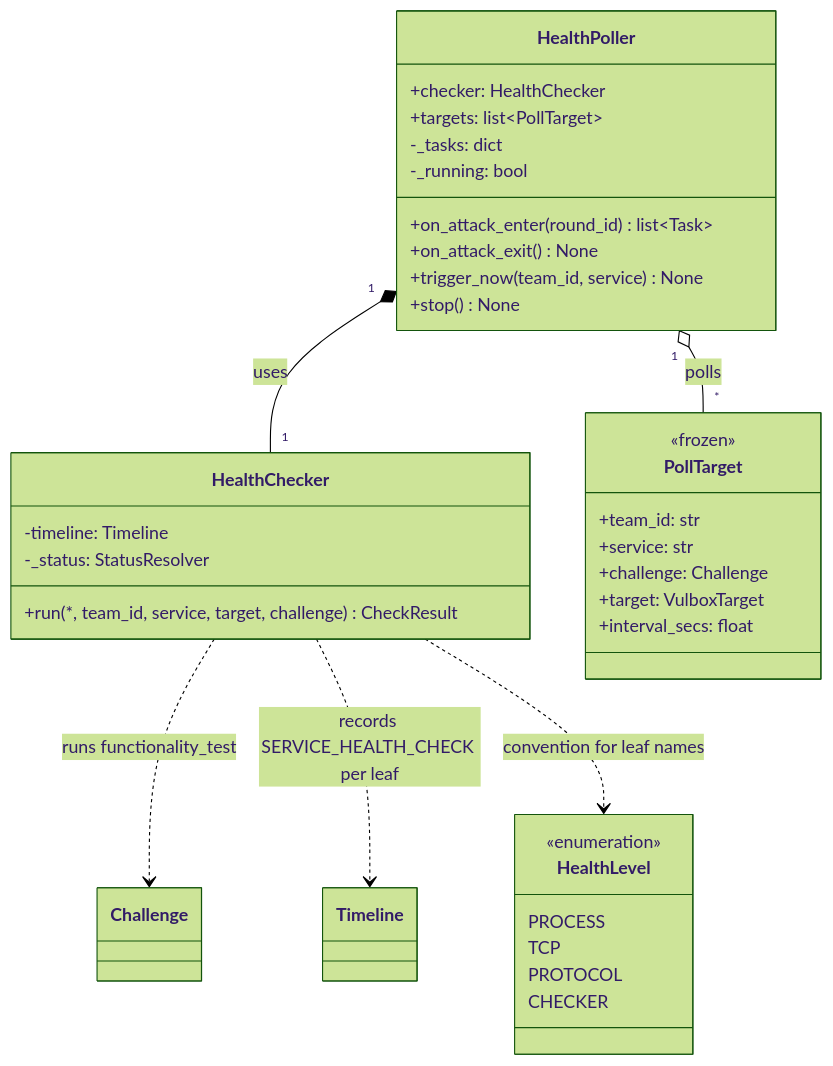
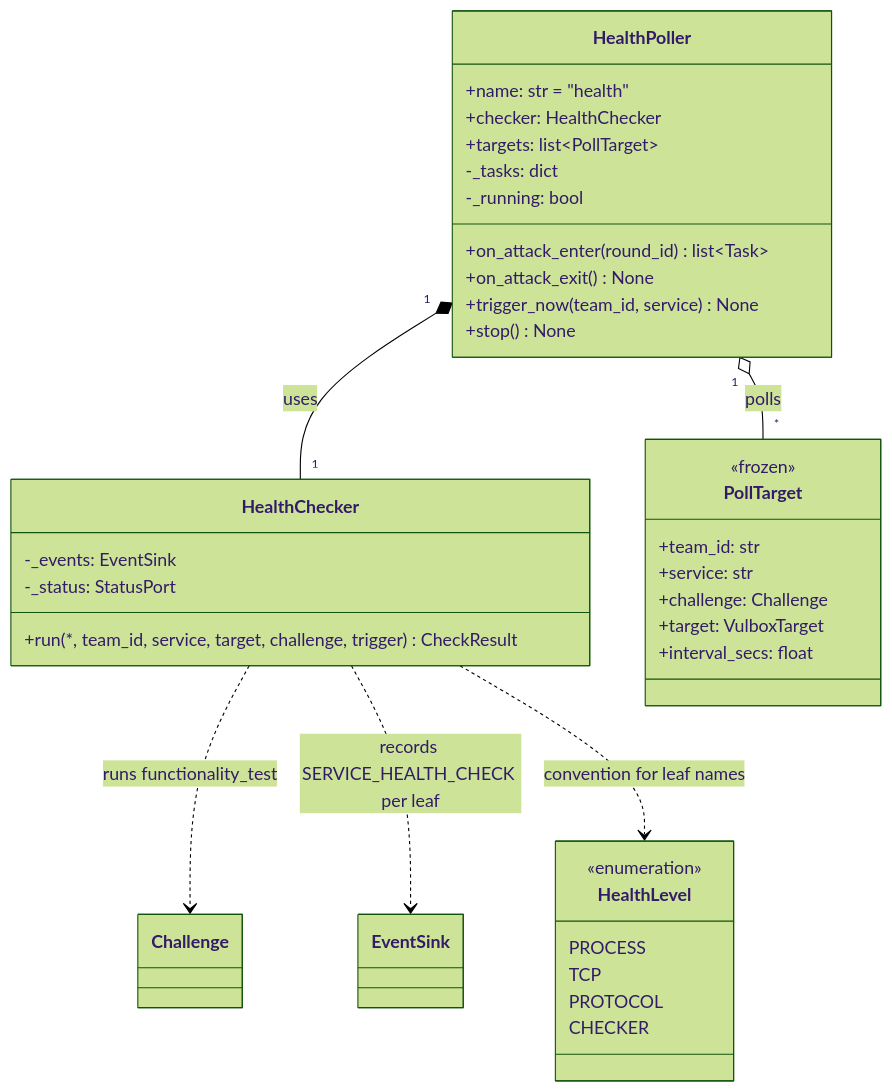
Before and after one commit to YueyangPan/CyberArenaOrchestration: the first of 2 diagrams in docs/UML/health.md, drawn with Mermaid (forest theme). The commit also changed other lines of this file and 34 other files, not shown here.

````diff
--- a/docs/UML/health.md
+++ b/docs/UML/health.md
@@ -22,42 +26,43 @@
 ```mermaid
 classDiagram
   class HealthChecker {
-    -timeline: Timeline
-    -_status: StatusResolver
-    +run(*, team_id, service, target, challenge) CheckResult
+    -_events: EventSink
+    -_status: StatusPort
+    +run(*, team_id, service, target, challenge, trigger) CheckResult
   }
 
   class HealthPoller {
+    +name: str = "health"
     +checker: HealthChecker
     +targets: list~PollTarget~
     -_tasks: dict
     -_running: bool
     +on_attack_enter(round_id) list~Task~
     +on_attack_exit() None
     +trigger_now(team_id, service) None
     +stop() None
   }
 
   class PollTarget {
     <<frozen>>
     +team_id: str
     +service: str
     +challenge: Challenge
     +target: VulboxTarget
     +interval_secs: float
   }
 
   class HealthLevel {
     <<enumeration>>
     PROCESS
     TCP
     PROTOCOL
     CHECKER
   }
 
   HealthPoller "1" *-- "1" HealthChecker : uses
   HealthPoller "1" o-- "*" PollTarget : polls
   HealthChecker ..> Challenge : runs functionality_test
-  HealthChecker ..> Timeline : records SERVICE_HEALTH_CHECK per leaf
+  HealthChecker ..> EventSink : records SERVICE_HEALTH_CHECK per leaf
   HealthChecker ..> HealthLevel : convention for leaf names
 ```
````
